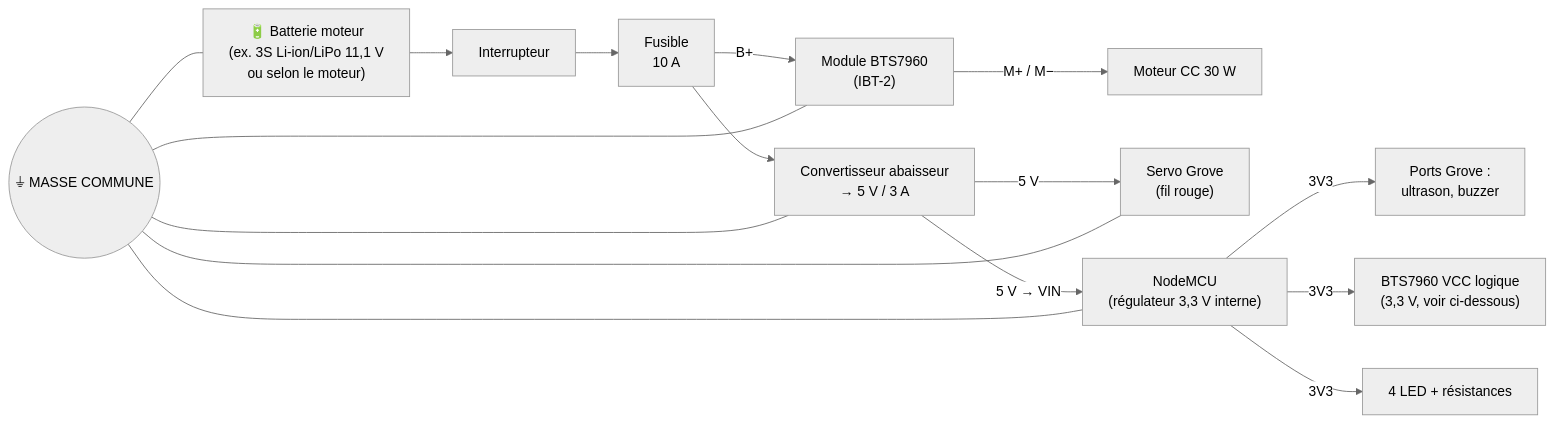
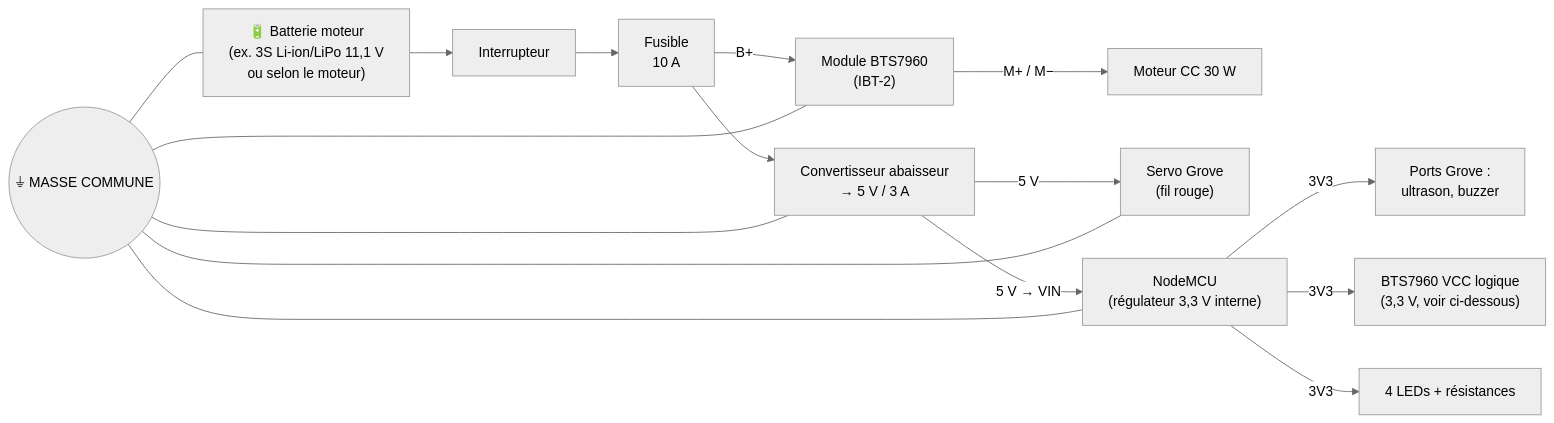
Before and after one commit to lsergeev/BE_POO_Sergeev_Osmane: the diagram in docs/cablage.md, drawn with Mermaid (neutral theme). The commit also changed other lines of this file and 9 other files, not shown here.

````diff
--- a/docs/cablage.md
+++ b/docs/cablage.md
@@ -48,13 +34,13 @@
 ```mermaid
 flowchart LR
     BAT["🔋 Batterie moteur<br/>(ex. 3S Li-ion/LiPo 11,1 V<br/>ou selon le moteur)"] --> INT["Interrupteur"] --> FUS["Fusible<br/>10 A"]
     FUS -- "B+" --> BTS["Module BTS7960<br/>(IBT-2)"]
     BTS -- "M+ / M−" --> MOT["Moteur CC 30 W"]
     FUS --> BUCK["Convertisseur abaisseur<br/>→ 5 V / 3 A"]
     BUCK -- "5 V" --> SERVO["Servo Grove<br/>(fil rouge)"]
     BUCK -- "5 V → VIN" --> MCU["NodeMCU<br/>(régulateur 3,3 V interne)"]
     MCU -- "3V3" --> GROVE["Ports Grove :<br/>ultrason, buzzer"]
     MCU -- "3V3" --> VCCL["BTS7960 VCC logique<br/>(3,3 V, voir ci-dessous)"]
-    MCU -- "3V3" --> LEDS["4 LED + résistances"]
+    MCU -- "3V3" --> LEDS["4 LEDs + résistances"]
     GND(("⏚ MASSE COMMUNE")) --- BAT & BTS & BUCK & SERVO & MCU
 ```
````
